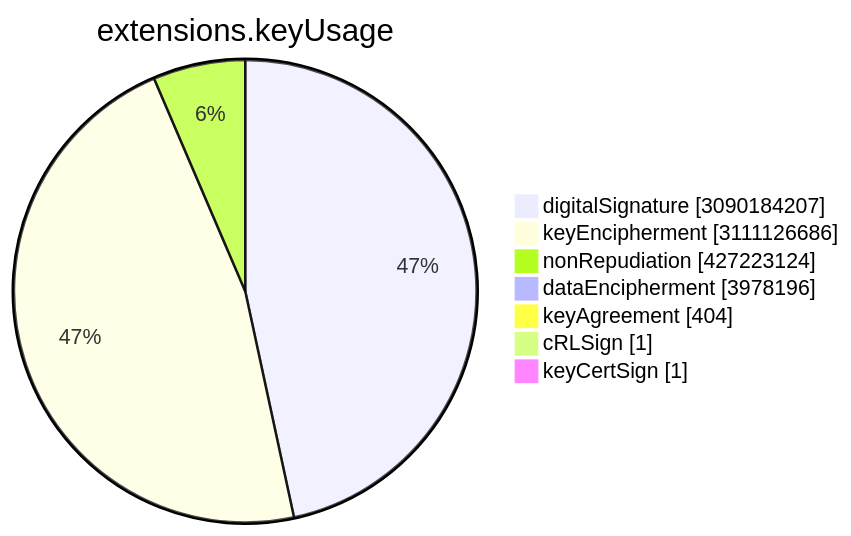
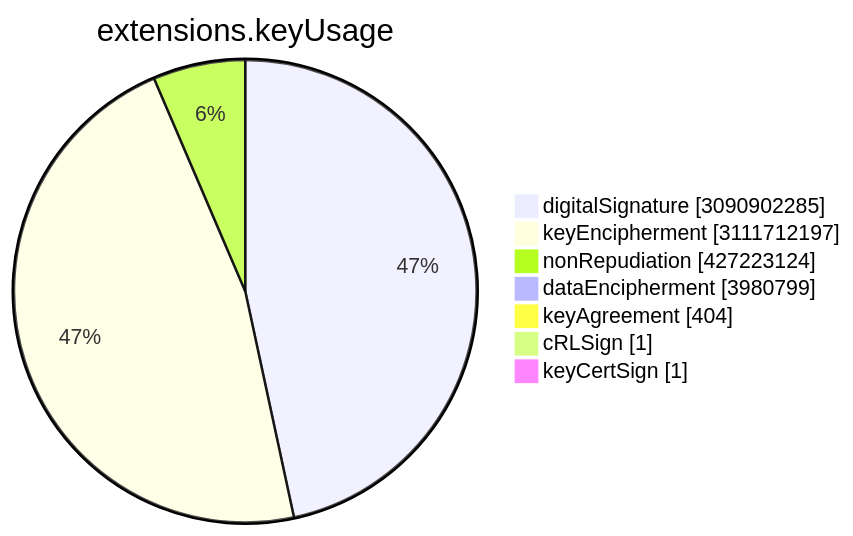
Before and after one commit to christiankrug/ctmonitor_visualization: the sixth of 15 diagrams in TOTAL/README.md, drawn with Mermaid. The commit also changed other lines of this file, not shown here.

````diff
--- a/TOTAL/README.md
+++ b/TOTAL/README.md
@@ -3077,11 +3077,11 @@
 ```mermaid
 pie showData
 title extensions.keyUsage
-"digitalSignature" :3090184207
-"keyEncipherment" :3111126686
+"digitalSignature" :3090902285
+"keyEncipherment" :3111712197
 "nonRepudiation" :427223124
-"dataEncipherment" :3978196
+"dataEncipherment" :3980799
 "keyAgreement" :404
 "cRLSign" :1
 "keyCertSign" :1
 ```
````
